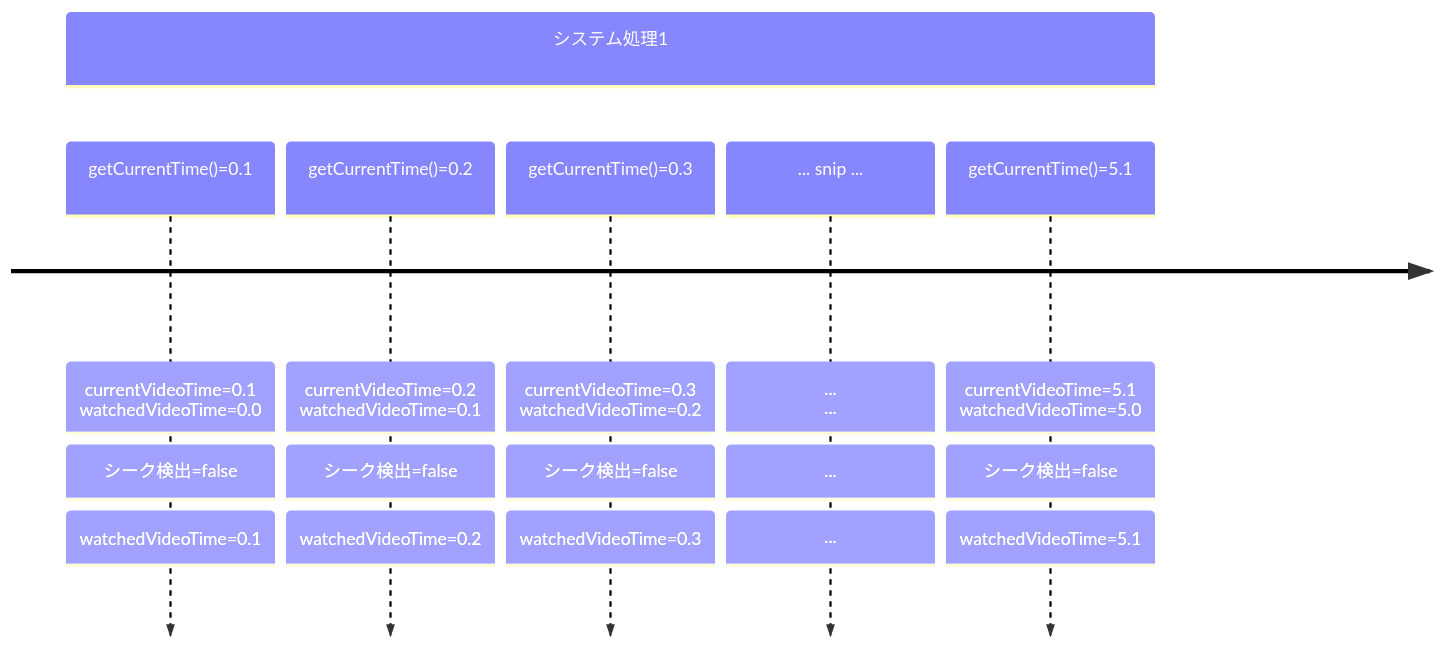
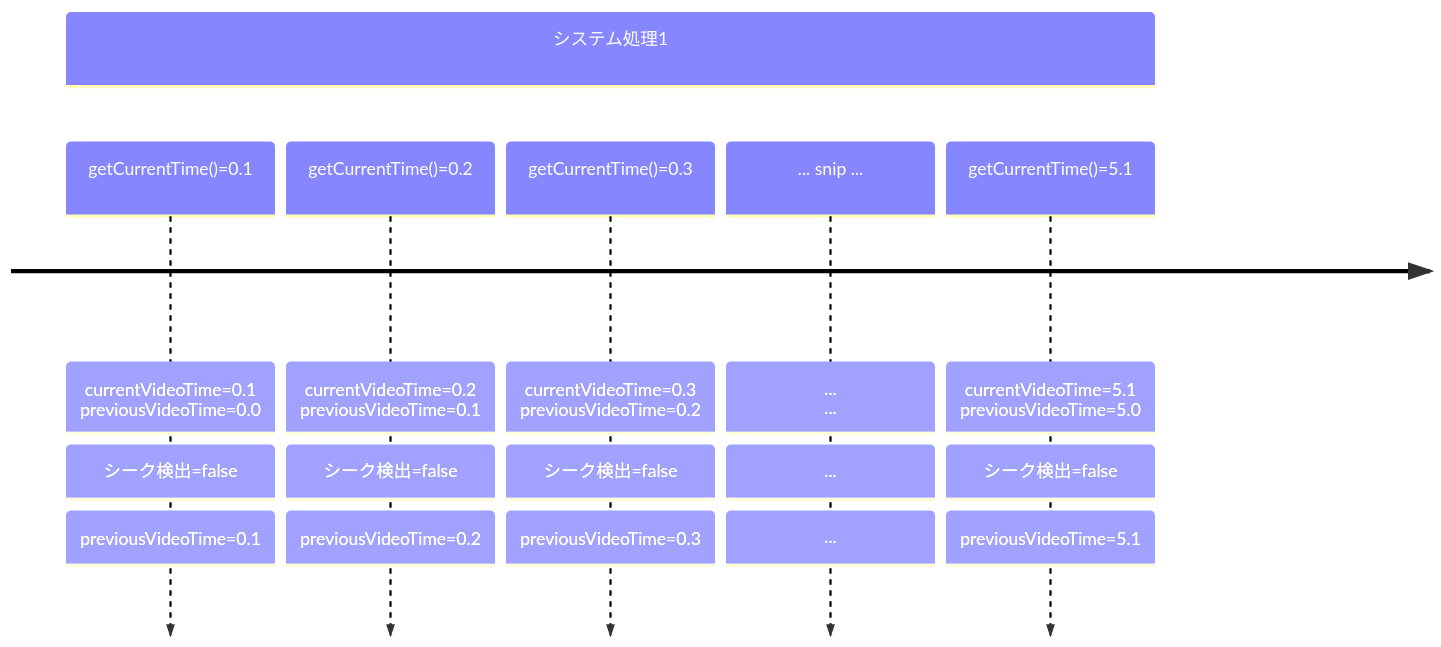
One commit to t-yokota/youtube-quiz-battle changed the fifth of 7 diagrams in .kiro/specs/youtube-quiz-battle/design.md. Above: the diagram before and after it, drawn with Mermaid. The commit also changed other lines of this file, not shown here.

First line of the commit message:
design変更: 時間管理システムの仕様をpreviousVideoTimeベースに変更

````diff
--- a/.kiro/specs/youtube-quiz-battle/design.md
+++ b/.kiro/specs/youtube-quiz-battle/design.md
@@ -624,9 +708,9 @@
 ```mermaid
 timeline
   section システム処理1
-    getCurrentTime()=0.1 : currentVideoTime=0.1<br>watchedVideoTime=0.0: シーク検出=false: watchedVideoTime=0.1
-    getCurrentTime()=0.2 : currentVideoTime=0.2<br>watchedVideoTime=0.1: シーク検出=false: watchedVideoTime=0.2
-    getCurrentTime()=0.3 : currentVideoTime=0.3<br>watchedVideoTime=0.2: シーク検出=false: watchedVideoTime=0.3
+    getCurrentTime()=0.1 : currentVideoTime=0.1<br>previousVideoTime=0.0: シーク検出=false: previousVideoTime=0.1
+    getCurrentTime()=0.2 : currentVideoTime=0.2<br>previousVideoTime=0.1: シーク検出=false: previousVideoTime=0.2
+    getCurrentTime()=0.3 : currentVideoTime=0.3<br>previousVideoTime=0.2: シーク検出=false: previousVideoTime=0.3
     ... snip ...  : ...<br>... : ... : ...
-    getCurrentTime()=5.1 : currentVideoTime=5.1<br>watchedVideoTime=5.0: シーク検出=false: watchedVideoTime=5.1
+    getCurrentTime()=5.1 : currentVideoTime=5.1<br>previousVideoTime=5.0: シーク検出=false: previousVideoTime=5.1
 ```
````
